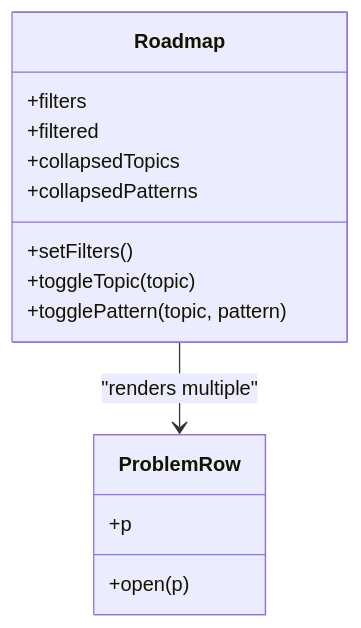
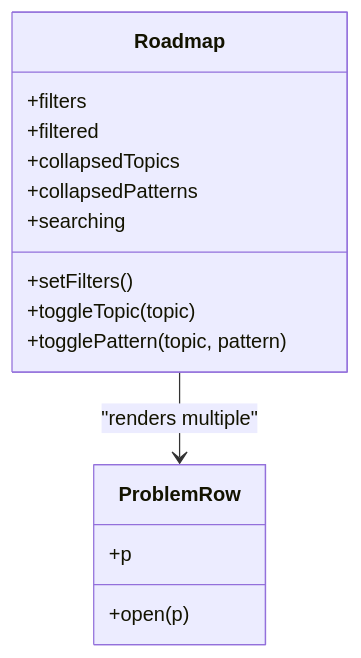
One commit to iamrituraj/DSA-Tracker changed the seventh of 10 diagrams in .qoder/repowiki/en/content/Frontend Application/Roadmap Component.md. Above: the diagram before and after it, drawn with Mermaid. The commit also changed other lines of this file and 8 other files, not shown here.

````diff
--- a/.qoder/repowiki/en/content/Frontend Application/Roadmap Component.md
+++ b/.qoder/repowiki/en/content/Frontend Application/Roadmap Component.md
@@ -213,17 +259,18 @@
 ```mermaid
 classDiagram
 class Roadmap {
 +filters
 +setFilters()
 +filtered
 +collapsedTopics
 +collapsedPatterns
++searching
 +toggleTopic(topic)
 +togglePattern(topic, pattern)
 }
 class ProblemRow {
 +p
 +open(p)
 }
 Roadmap --> ProblemRow : "renders multiple"
 ```
````
